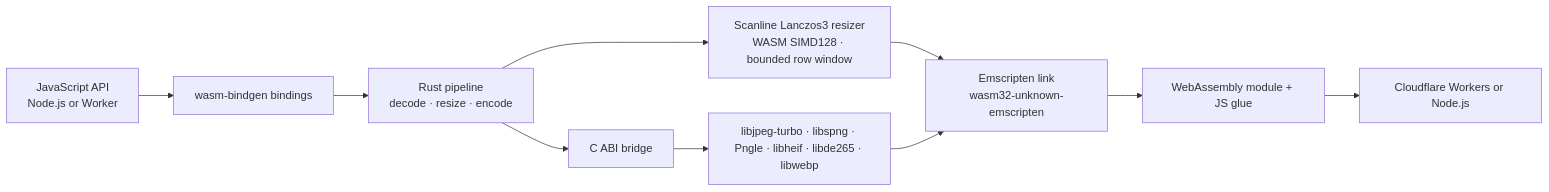
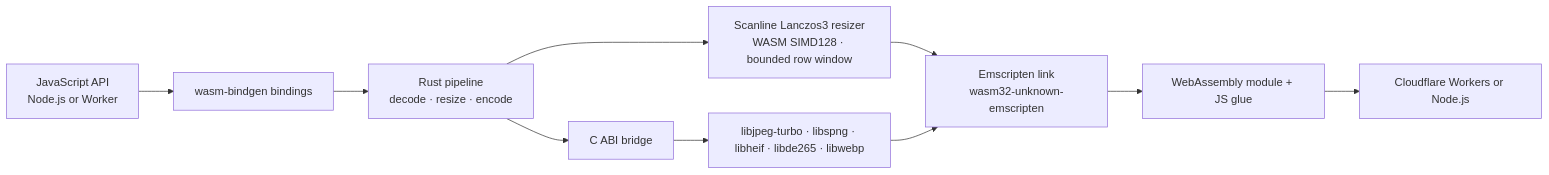
Before and after one commit to mutables-app/image-optimizer: the diagram in README.md, drawn with Mermaid. The commit also changed other lines of this file and 26 other files, not shown here.

````diff
--- a/README.md
+++ b/README.md
@@ -25,12 +25,12 @@
 ```mermaid
 flowchart LR
   API[JavaScript API<br/>Node.js or Worker] --> BIND[wasm-bindgen bindings]
   BIND --> RUST[Rust pipeline<br/>decode · resize · encode]
   RUST --> RESIZE[Scanline Lanczos3 resizer<br/>WASM SIMD128 · bounded row window]
   RUST --> CABI[C ABI bridge]
-  CABI --> CODECS[libjpeg-turbo · libspng · Pngle · libheif · libde265 · libwebp]
+  CABI --> CODECS[libjpeg-turbo · libspng · libheif · libde265 · libwebp]
   RESIZE --> LINK[Emscripten link<br/>wasm32-unknown-emscripten]
   CODECS --> LINK
   LINK --> WASM[WebAssembly module + JS glue]
   WASM --> HOST[Cloudflare Workers or Node.js]
 ```
````
